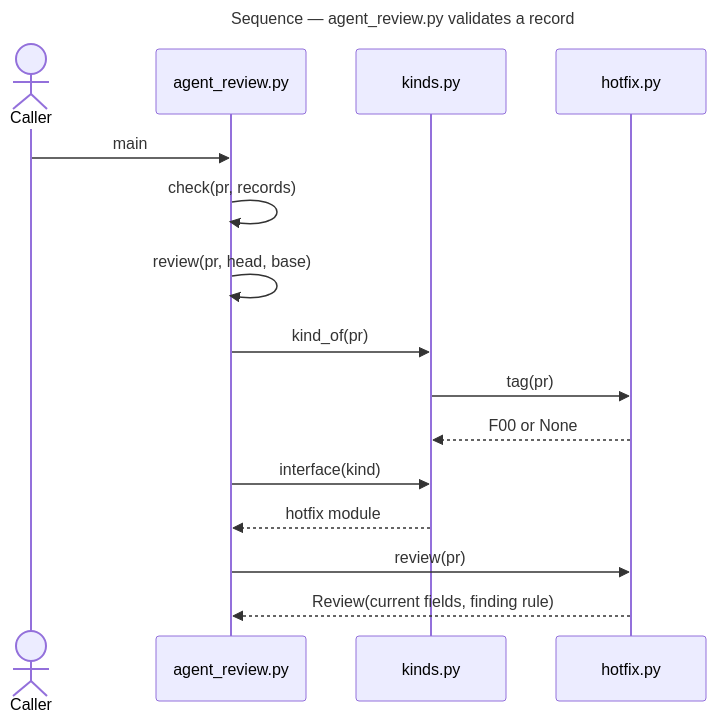
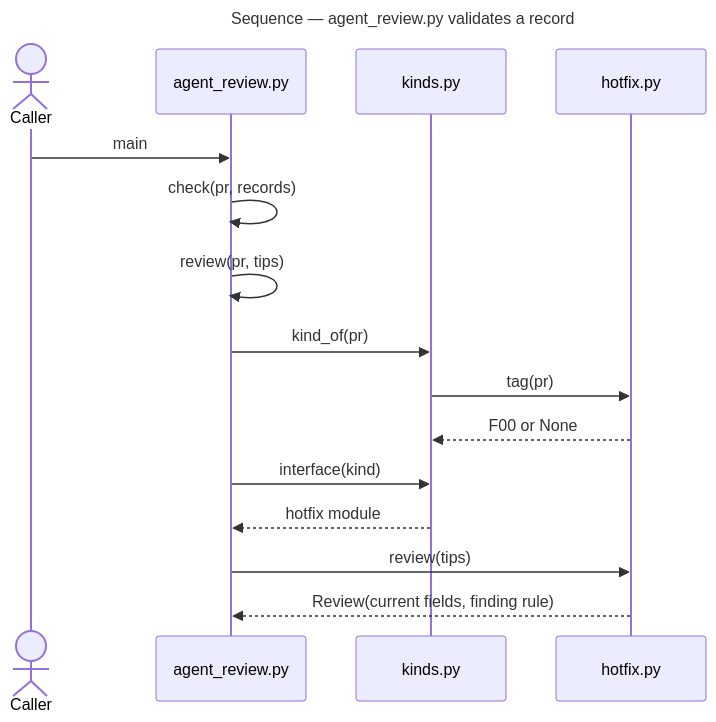
One commit to m2ux/workflow-server changed the second of 3 diagrams in artifacts/planning/2026-11-11-1615-i17-e02-integration-review/architecture-overview.md. Above: the diagram before and after it, drawn with Mermaid. The commit also changed other lines of this file and 6 other files, not shown here.

````diff
--- a/artifacts/planning/2026-11-11-1615-i17-e02-integration-review/architecture-overview.md
+++ b/artifacts/planning/2026-11-11-1615-i17-e02-integration-review/architecture-overview.md
@@ -86,21 +86,21 @@
 ```mermaid
 ---
 title: Sequence — agent_review.py validates a record
 ---
 sequenceDiagram
     actor Caller
     participant AR as agent_review.py
     participant K as kinds.py
     participant H as hotfix.py
 
     Caller->>AR: main
     AR->>AR: check(pr, records)
-    AR->>AR: review(pr, head, base)
+    AR->>AR: review(pr, tips)
     AR->>K: kind_of(pr)
     K->>H: tag(pr)
     H-->>K: F00 or None
     AR->>K: interface(kind)
     K-->>AR: hotfix module
-    AR->>H: review(pr)
+    AR->>H: review(tips)
     H-->>AR: Review(current fields, finding rule)
 ```
````
